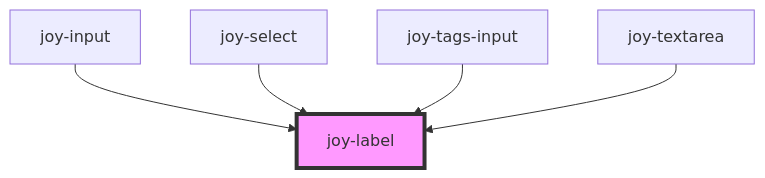
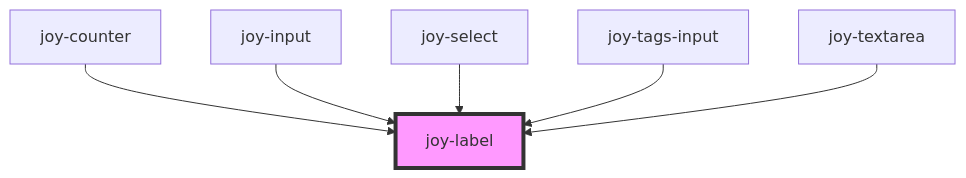
Before and after one commit to Maltcommunity/joy: the diagram in core/src/components/label/readme.md, drawn with Mermaid. The commit also changed other lines of this file and 6 other files, not shown here.

````diff
--- a/core/src/components/label/readme.md
+++ b/core/src/components/label/readme.md
@@ -35,8 +36,9 @@
 ```mermaid
 graph TD;
+  joy-counter --> joy-label
   joy-input --> joy-label
   joy-select --> joy-label
   joy-tags-input --> joy-label
   joy-textarea --> joy-label
   style joy-label fill:#f9f,stroke:#333,stroke-width:4px
 ```
````
